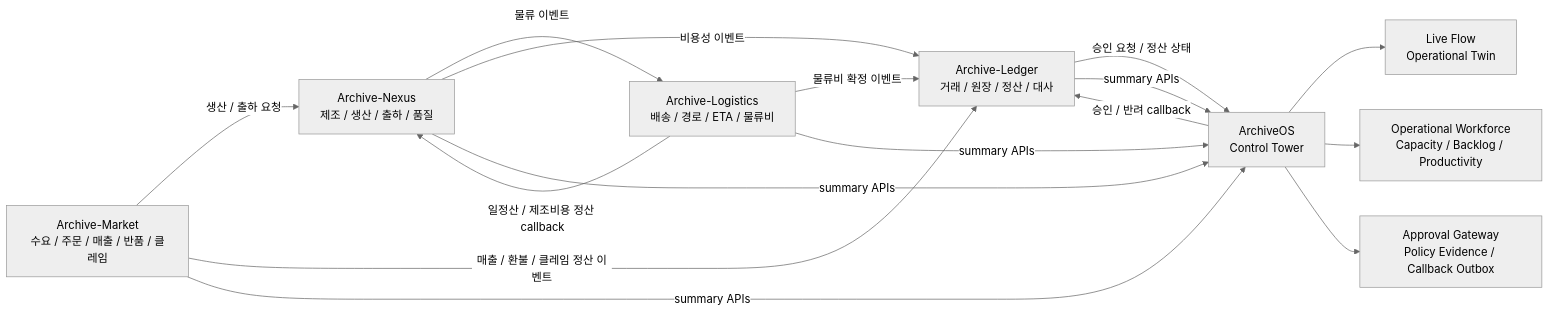
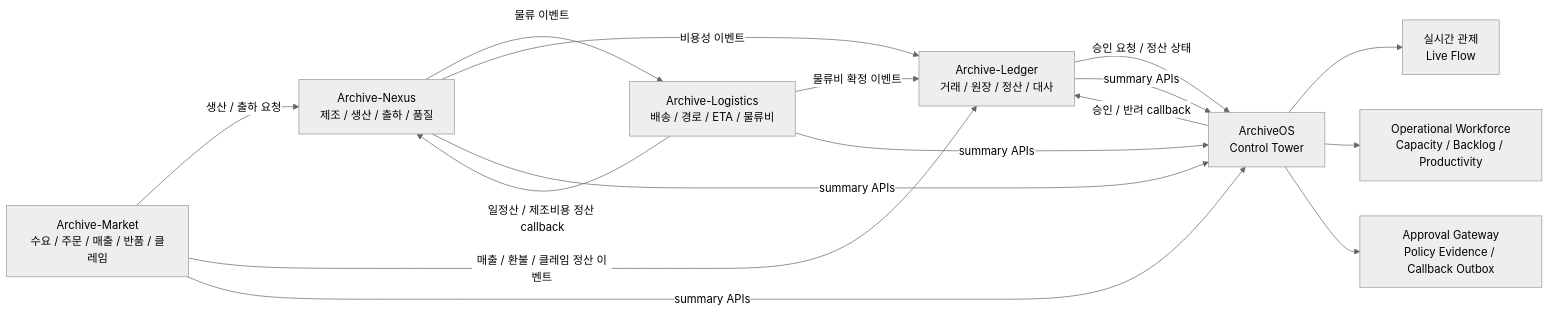
Before and after one commit to CSJ-PJT/ArchiveOS: the diagram in README.md, drawn with Mermaid (neutral theme). The commit also changed other lines of this file and 14 other files, not shown here.

Commit message:
feat: polish live flow operations dashboard

````diff
--- a/README.md
+++ b/README.md
@@ -42,28 +42,28 @@
 ```mermaid
 flowchart LR
   Market[Archive-Market<br/>수요 / 주문 / 매출 / 반품 / 클레임]
   Nexus[Archive-Nexus<br/>제조 / 생산 / 출하 / 품질]
   Logistics[Archive-Logistics<br/>배송 / 경로 / ETA / 물류비]
   Ledger[Archive-Ledger<br/>거래 / 원장 / 정산 / 대사]
   OS[ArchiveOS<br/>Control Tower]
-  Flow[Live Flow<br/>Operational Twin]
+  Flow[실시간 관제<br/>Live Flow]
   Workforce[Operational Workforce<br/>Capacity / Backlog / Productivity]
   Approval[Approval Gateway<br/>Policy Evidence / Callback Outbox]
 
   Market -->|생산 / 출하 요청| Nexus
   Market -->|매출 / 환불 / 클레임 정산 이벤트| Ledger
   Nexus -->|물류 이벤트| Logistics
   Nexus -->|비용성 이벤트| Ledger
   Logistics -->|물류비 확정 이벤트| Ledger
   Logistics -->|일정산 / 제조비용 정산 callback| Nexus
   Ledger -->|승인 요청 / 정산 상태| OS
   OS -->|승인 / 반려 callback| Ledger
 
   Market -->|summary APIs| OS
   Nexus -->|summary APIs| OS
   Logistics -->|summary APIs| OS
   Ledger -->|summary APIs| OS
   OS --> Flow
   OS --> Workforce
   OS --> Approval
 ```
````
